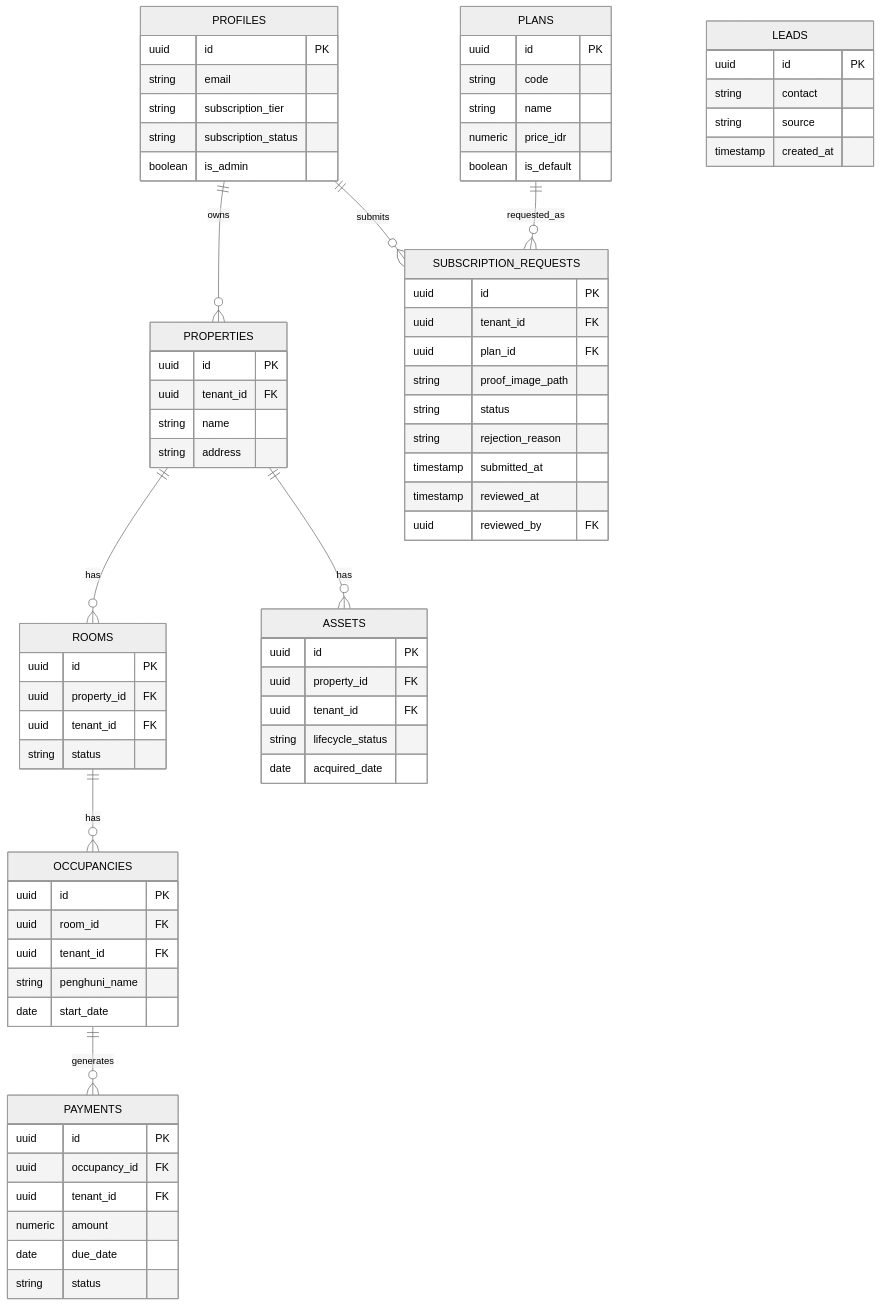
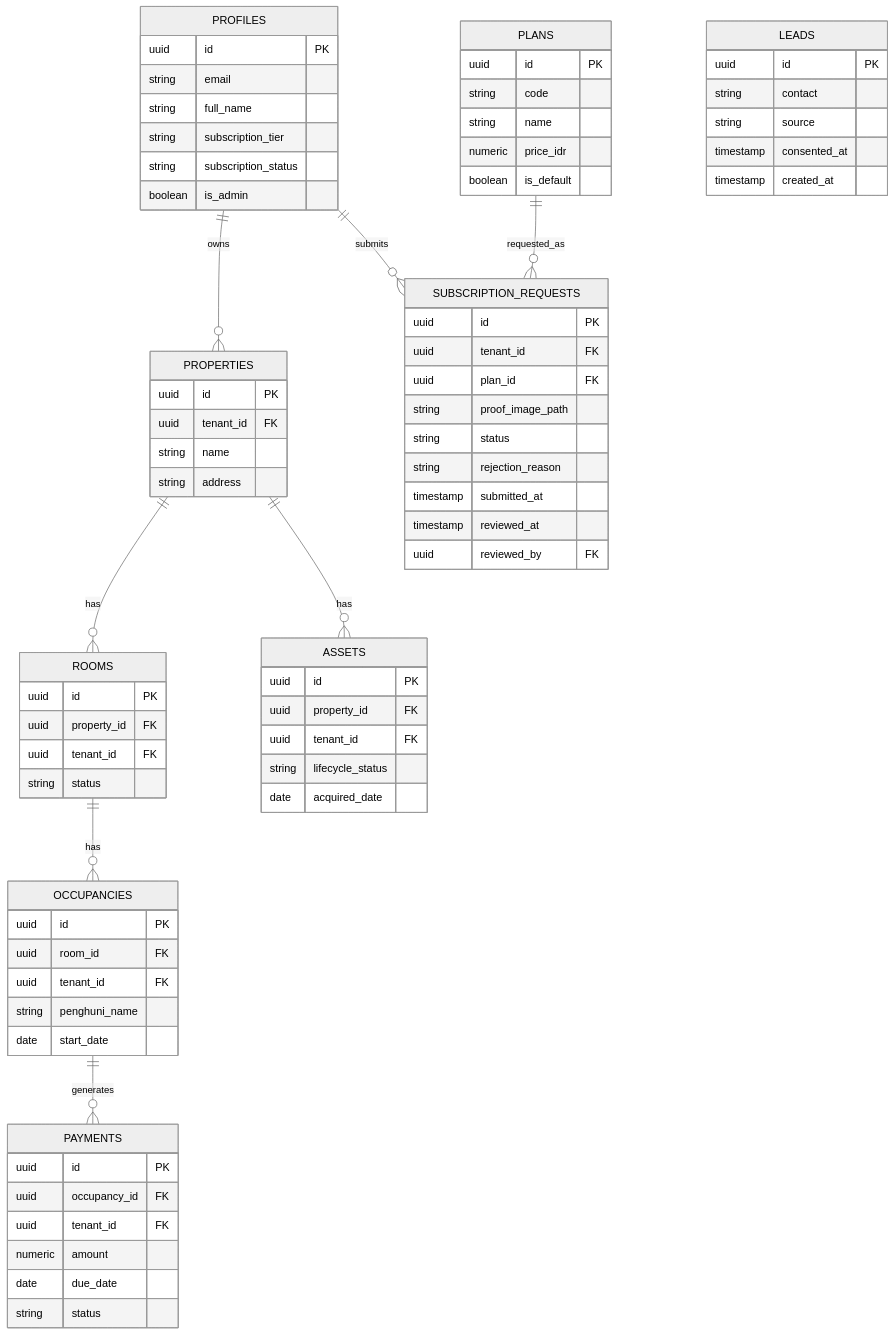
The diagram in Architecture.md (carel10/sistem-manajemen-kos), drawn with Mermaid (neutral theme) before and after one commit. The commit also changed other lines of this file and 8 other files, not shown here.

````diff
--- a/Architecture.md
+++ b/Architecture.md
@@ -171,75 +248,77 @@
 ```mermaid
 erDiagram
   PROFILES ||--o{ PROPERTIES : owns
   PROPERTIES ||--o{ ROOMS : has
   ROOMS ||--o{ OCCUPANCIES : has
   OCCUPANCIES ||--o{ PAYMENTS : generates
   PROPERTIES ||--o{ ASSETS : has
   PROFILES ||--o{ SUBSCRIPTION_REQUESTS : submits
   PLANS ||--o{ SUBSCRIPTION_REQUESTS : requested_as
   LEADS {
     uuid id PK
     string contact
     string source
+    timestamp consented_at
     timestamp created_at
   }
   PROFILES {
     uuid id PK
     string email
+    string full_name
     string subscription_tier
     string subscription_status
     boolean is_admin
   }
   PLANS {
     uuid id PK
     string code
     string name
     numeric price_idr
     boolean is_default
   }
   SUBSCRIPTION_REQUESTS {
     uuid id PK
     uuid tenant_id FK
     uuid plan_id FK
     string proof_image_path
     string status
     string rejection_reason
     timestamp submitted_at
     timestamp reviewed_at
     uuid reviewed_by FK
   }
   PROPERTIES {
     uuid id PK
     uuid tenant_id FK
     string name
     string address
   }
   ROOMS {
     uuid id PK
     uuid property_id FK
     uuid tenant_id FK
     string status
   }
   OCCUPANCIES {
     uuid id PK
     uuid room_id FK
     uuid tenant_id FK
     string penghuni_name
     date start_date
   }
   PAYMENTS {
     uuid id PK
     uuid occupancy_id FK
     uuid tenant_id FK
     numeric amount
     date due_date
     string status
   }
   ASSETS {
     uuid id PK
     uuid property_id FK
     uuid tenant_id FK
     string lifecycle_status
     date acquired_date
   }
 ```
````
